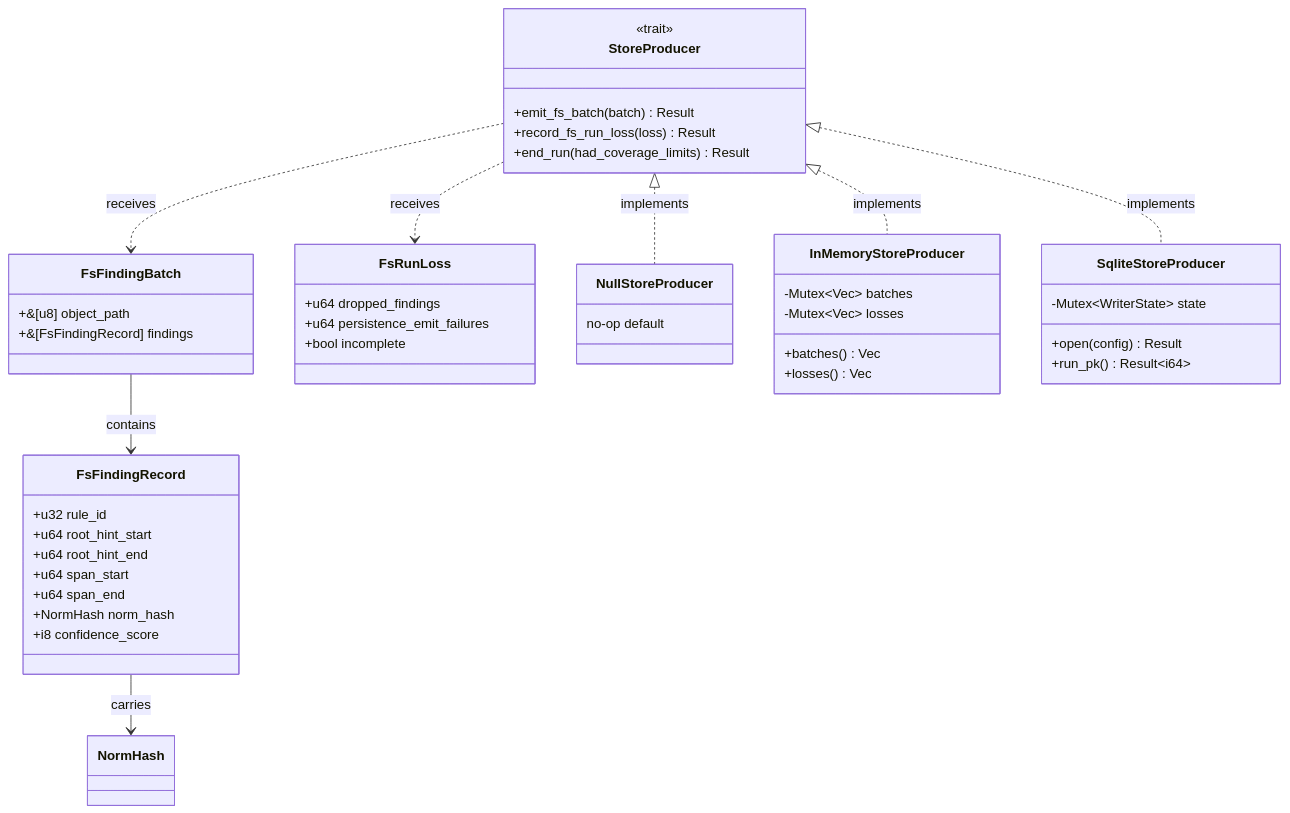
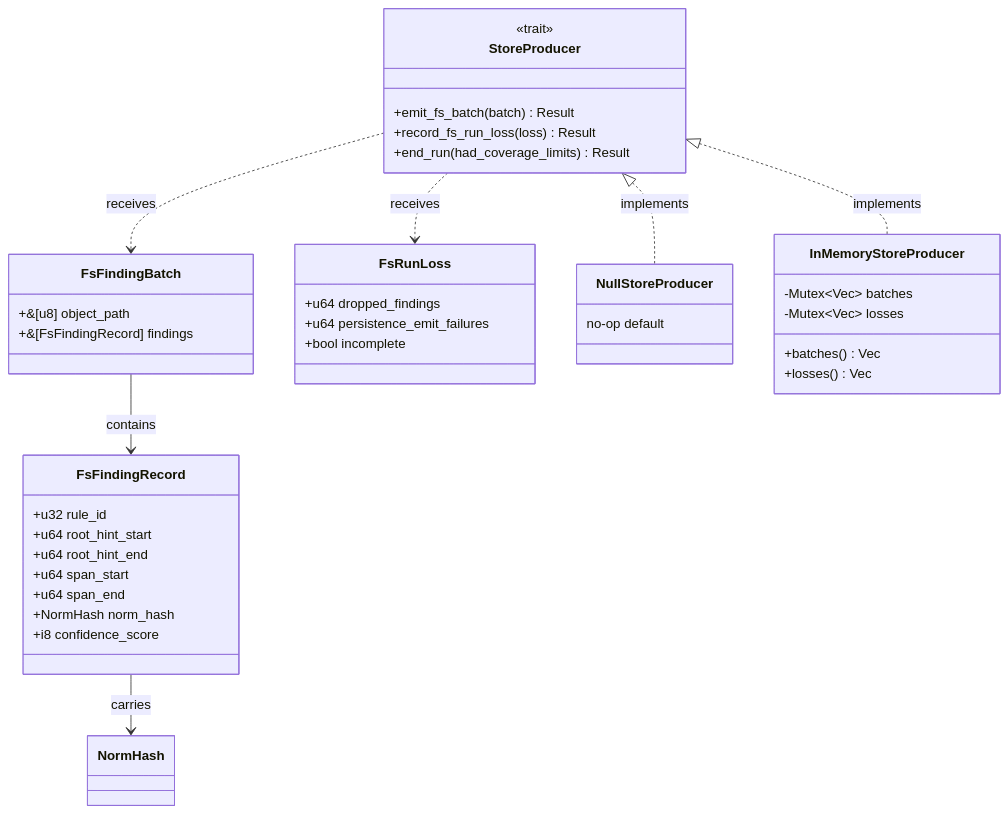
The fifth of 6 diagrams in docs/data-types.md (ahrav/Gossip-rs), drawn with Mermaid before and after one commit. The commit also changed other lines of this file and 18 other files, not shown here.

````diff
--- a/docs/data-types.md
+++ b/docs/data-types.md
@@ -462,57 +462,50 @@
 ```mermaid
 classDiagram
     direction TB
 
     class FsFindingRecord {
         +u32 rule_id
         +u64 root_hint_start
         +u64 root_hint_end
         +u64 span_start
         +u64 span_end
         +NormHash norm_hash
         +i8 confidence_score
     }
 
     class FsFindingBatch {
         +&[u8] object_path
         +&[FsFindingRecord] findings
     }
 
     class FsRunLoss {
         +u64 dropped_findings
         +u64 persistence_emit_failures
         +bool incomplete
     }
 
     class StoreProducer {
         <<trait>>
         +emit_fs_batch(batch) Result
         +record_fs_run_loss(loss) Result
         +end_run(had_coverage_limits) Result
     }
 
     class NullStoreProducer {
         no-op default
     }
 
     class InMemoryStoreProducer {
         -Mutex~Vec~ batches
         -Mutex~Vec~ losses
         +batches() Vec
         +losses() Vec
     }
 
-    class SqliteStoreProducer {
-        -Mutex~WriterState~ state
-        +open(config) Result
-        +run_pk() Result~i64~
-    }
-
     FsFindingBatch --> FsFindingRecord : contains
     FsFindingRecord --> NormHash : carries
     StoreProducer <|.. NullStoreProducer : implements
     StoreProducer <|.. InMemoryStoreProducer : implements
-    StoreProducer <|.. SqliteStoreProducer : implements
     StoreProducer ..> FsFindingBatch : receives
     StoreProducer ..> FsRunLoss : receives
 ```
````
